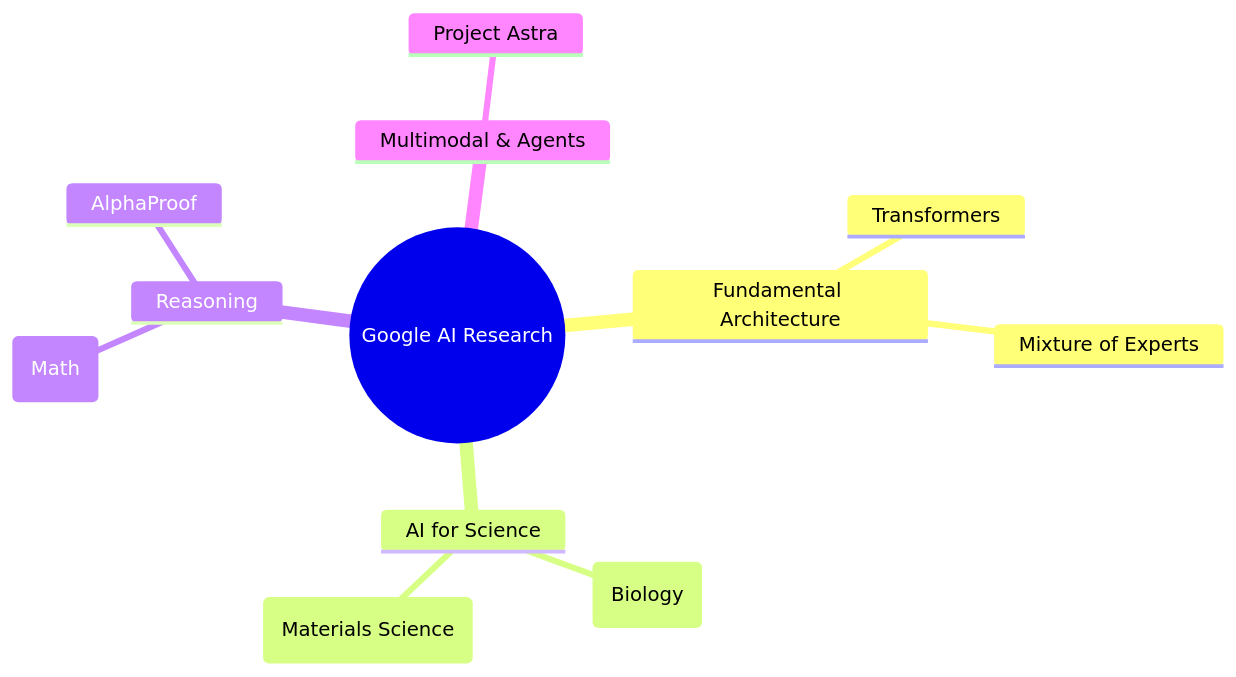
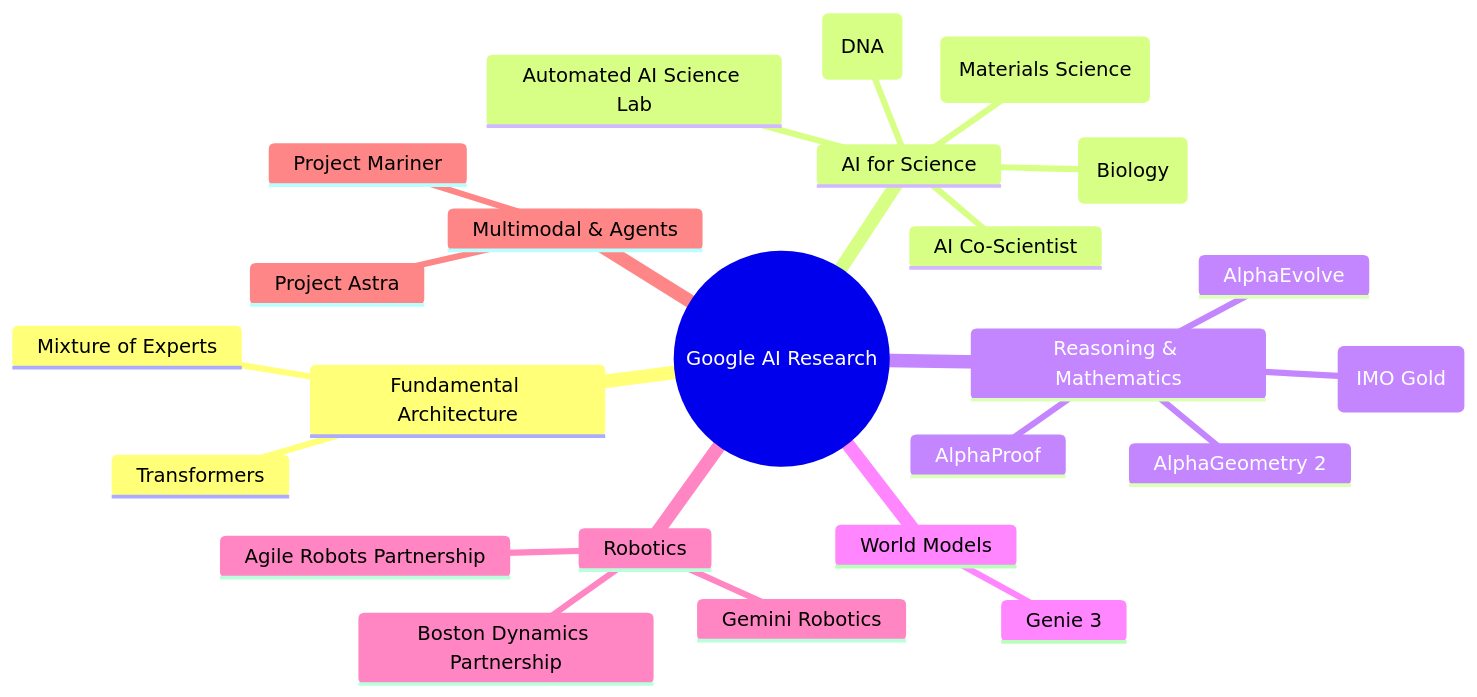
The diagram in General Overview/3_Google/README.md (TAGarner25/ClaudeSetup), drawn with Mermaid before and after one commit. The commit also changed other lines of this file and 1 other file, not shown here.

Commit message:
feat: add diagram generation prompt template and Google AI product overview documentation

````diff
--- a/General Overview/3_Google/README.md
+++ b/General Overview/3_Google/README.md
@@ -53,15 +78,27 @@
 ```mermaid
 mindmap
   root((Google AI Research))
     Fundamental Architecture
       Transformers
       Mixture of Experts
     AI for Science
-      AlphaFold (Biology)
+      AlphaFold 3 (Biology)
+      AlphaGenome (DNA)
+      AI Co-Scientist
       GNoME (Materials Science)
-    Reasoning
-      AlphaGeometry (Math)
+      Automated AI Science Lab
+    Reasoning & Mathematics
+      Deep Think (IMO Gold)
+      AlphaGeometry 2
       AlphaProof
+      AlphaEvolve
+    World Models
+      Genie 3
+    Robotics
+      Gemini Robotics
+      Boston Dynamics Partnership
+      Agile Robots Partnership
     Multimodal & Agents
       Project Astra
+      Project Mariner
 ```
````
